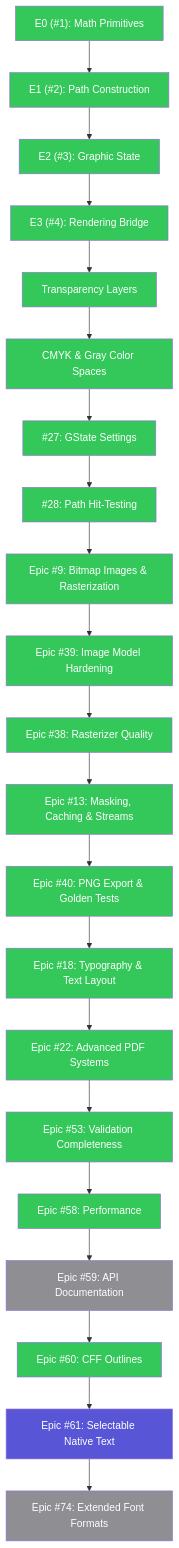
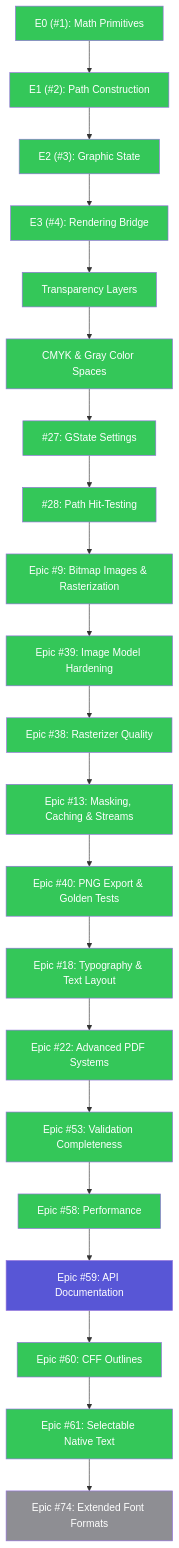
Before and after one commit to SlayerMotion/PureDraw: the first of 9 diagrams in README.md, drawn with Mermaid. The commit also changed 1 other file, not shown here.

Commit message:
docs: mark native text epic done in roadmap
SVG <text> and PDF embedded-font text are shipped; API documentation
(#59) is the next workstream.

````diff
--- a/README.md
+++ b/README.md
@@ -136,31 +136,31 @@
 ```mermaid
 flowchart TB
     classDef done    fill:#34C759,color:#FFFFFF
     classDef active  fill:#007AFF,color:#FFFFFF
     classDef review  fill:#30B0C7,color:#FFFFFF
     classDef next    fill:#5856D6,color:#FFFFFF
     classDef partial fill:#FF9500,color:#FFFFFF
     classDef todo    fill:#8E8E93,color:#FFFFFF
 
-    E0["E0 (#1): Math Primitives"]:::done --> E1["E1 (#2): Path Construction"]:::done --> E2["E2 (#3): Graphic State"]:::done --> E3["E3 (#4): Rendering Bridge"]:::done --> TL["Transparency Layers"]:::done --> CS["CMYK & Gray Color Spaces"]:::done --> P1_1["#27: GState Settings"]:::done --> P1_2["#28: Path Hit-Testing"]:::done --> Epic9["Epic #9: Bitmap Images & Rasterization"]:::done --> Epic39["Epic #39: Image Model Hardening"]:::done --> Epic38["Epic #38: Rasterizer Quality"]:::done --> Epic13["Epic #13: Masking, Caching & Streams"]:::done --> Epic40["Epic #40: PNG Export & Golden Tests"]:::done --> Epic18["Epic #18: Typography & Text Layout"]:::done --> Epic22["Epic #22: Advanced PDF Systems"]:::done --> Epic53["Epic #53: Validation Completeness"]:::done --> Epic58["Epic #58: Performance"]:::done --> Epic59["Epic #59: API Documentation"]:::todo --> Epic60["Epic #60: CFF Outlines"]:::done --> Epic61["Epic #61: Selectable Native Text"]:::next --> Epic74["Epic #74: Extended Font Formats"]:::todo
+    E0["E0 (#1): Math Primitives"]:::done --> E1["E1 (#2): Path Construction"]:::done --> E2["E2 (#3): Graphic State"]:::done --> E3["E3 (#4): Rendering Bridge"]:::done --> TL["Transparency Layers"]:::done --> CS["CMYK & Gray Color Spaces"]:::done --> P1_1["#27: GState Settings"]:::done --> P1_2["#28: Path Hit-Testing"]:::done --> Epic9["Epic #9: Bitmap Images & Rasterization"]:::done --> Epic39["Epic #39: Image Model Hardening"]:::done --> Epic38["Epic #38: Rasterizer Quality"]:::done --> Epic13["Epic #13: Masking, Caching & Streams"]:::done --> Epic40["Epic #40: PNG Export & Golden Tests"]:::done --> Epic18["Epic #18: Typography & Text Layout"]:::done --> Epic22["Epic #22: Advanced PDF Systems"]:::done --> Epic53["Epic #53: Validation Completeness"]:::done --> Epic58["Epic #58: Performance"]:::done --> Epic59["Epic #59: API Documentation"]:::next --> Epic60["Epic #60: CFF Outlines"]:::done --> Epic61["Epic #61: Selectable Native Text"]:::done --> Epic74["Epic #74: Extended Font Formats"]:::todo
 
     click E0 href "https://github.com/mihaelamj/PureDraw/issues/1" "E0"
     click E1 href "https://github.com/mihaelamj/PureDraw/issues/2" "E1"
     click E2 href "https://github.com/mihaelamj/PureDraw/issues/3" "E2"
     click E3 href "https://github.com/mihaelamj/PureDraw/issues/4" "E3"
     click P1_1 href "https://github.com/mihaelamj/PureDraw/issues/27" "Issue #27"
     click P1_2 href "https://github.com/mihaelamj/PureDraw/issues/28" "Issue #28"
     click Epic9 href "https://github.com/mihaelamj/PureDraw/issues/9" "Epic #9"
     click Epic39 href "https://github.com/mihaelamj/PureDraw/issues/39" "Epic #39"
     click Epic38 href "https://github.com/mihaelamj/PureDraw/issues/38" "Epic #38"
     click Epic13 href "https://github.com/mihaelamj/PureDraw/issues/13" "Epic #13"
     click Epic40 href "https://github.com/mihaelamj/PureDraw/issues/40" "Epic #40"
     click Epic18 href "https://github.com/mihaelamj/PureDraw/issues/18" "Epic #18"
     click Epic22 href "https://github.com/mihaelamj/PureDraw/issues/22" "Epic #22"
     click Epic53 href "https://github.com/mihaelamj/PureDraw/issues/53" "Epic #53"
     click Epic58 href "https://github.com/mihaelamj/PureDraw/issues/58" "Epic #58"
     click Epic59 href "https://github.com/mihaelamj/PureDraw/issues/59" "Epic #59"
     click Epic60 href "https://github.com/mihaelamj/PureDraw/issues/60" "Epic #60"
     click Epic61 href "https://github.com/mihaelamj/PureDraw/issues/61" "Epic #61"
     click Epic74 href "https://github.com/mihaelamj/PureDraw/issues/74" "Epic #74"
 ```
````
